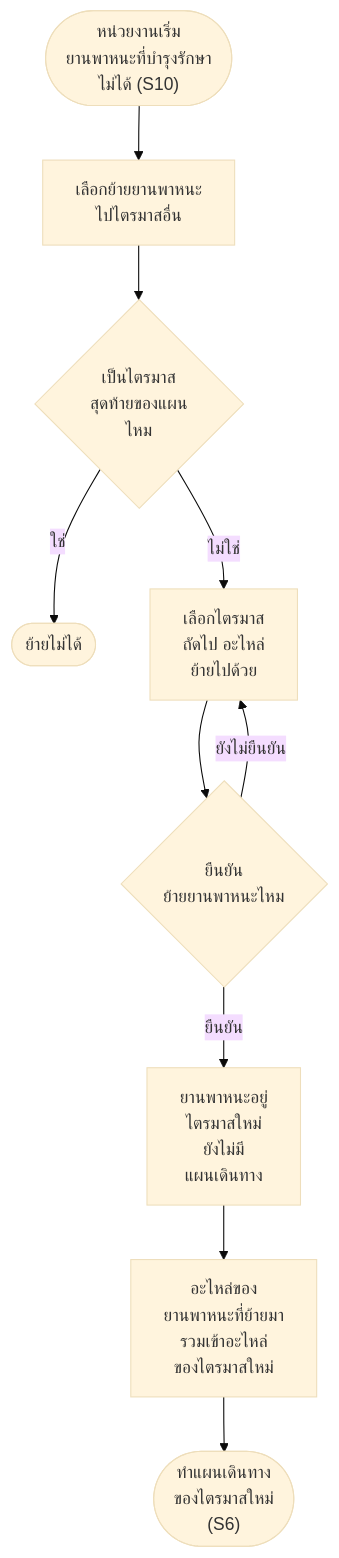
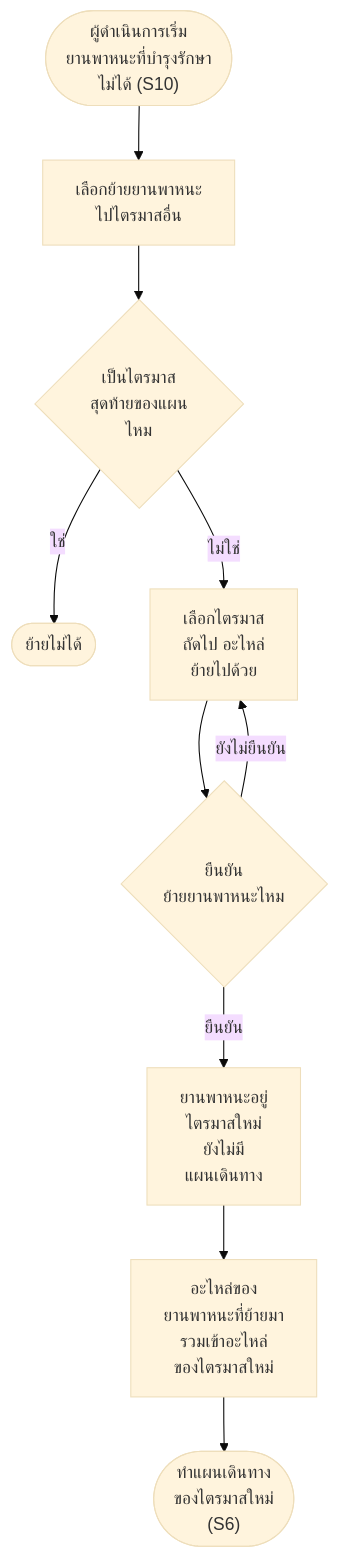
Before and after one commit to anugmail/Maintenance-Request-Form: diagram 13 of 19 in Diagram/01-บำรุงรักษาตามวาระ/27-บำรุงรักษา-flowchart-กิจกรรม.md, drawn with Mermaid (base theme). The commit also changed other lines of this file and 21 other files, not shown here.

First line of the commit message:
บำรุงรักษา: S13 ผู้ดูแลยานพาหนะรับทราบผลและประเมินรายคัน (R89) · ตัด S14 S15 · S16 O.6 ส่งใหม่หลังตีกลับ · ผู้ทำเรียกตามบทบาท

````diff
--- a/Diagram/01-บำรุงรักษาตามวาระ/27-บำรุงรักษา-flowchart-กิจกรรม.md
+++ b/Diagram/01-บำรุงรักษาตามวาระ/27-บำรุงรักษา-flowchart-กิจกรรม.md
@@ -286,12 +288,12 @@
 ```mermaid
 flowchart TD
-    S(["หน่วยงานเริ่ม<br/>ยานพาหนะที่บำรุงรักษา<br/>ไม่ได้ (S10)"]) --> A1["เลือกย้ายยานพาหนะ<br/>ไปไตรมาสอื่น"]
+    S(["ผู้ดำเนินการเริ่ม<br/>ยานพาหนะที่บำรุงรักษา<br/>ไม่ได้ (S10)"]) --> A1["เลือกย้ายยานพาหนะ<br/>ไปไตรมาสอื่น"]
     A1 --> Q1{"เป็นไตรมาส<br/>สุดท้ายของแผน<br/>ไหม"}
     Q1 -->|ใช่| E1(["ย้ายไม่ได้"])
     Q1 -->|ไม่ใช่| A2["เลือกไตรมาส<br/>ถัดไป อะไหล่<br/>ย้ายไปด้วย"]
     A2 --> Q2{"ยืนยัน<br/>ย้ายยานพาหนะไหม"}
     Q2 -->|ยังไม่ยืนยัน| A2
     Q2 -->|ยืนยัน| A3["ยานพาหนะอยู่<br/>ไตรมาสใหม่<br/>ยังไม่มี<br/>แผนเดินทาง"]
     A3 --> A4["อะไหล่ของ<br/>ยานพาหนะที่ย้ายมา<br/>รวมเข้าอะไหล่<br/>ของไตรมาสใหม่"]
     A4 --> E2(["ทำแผนเดินทาง<br/>ของไตรมาสใหม่<br/>(S6)"])
 ```
````
